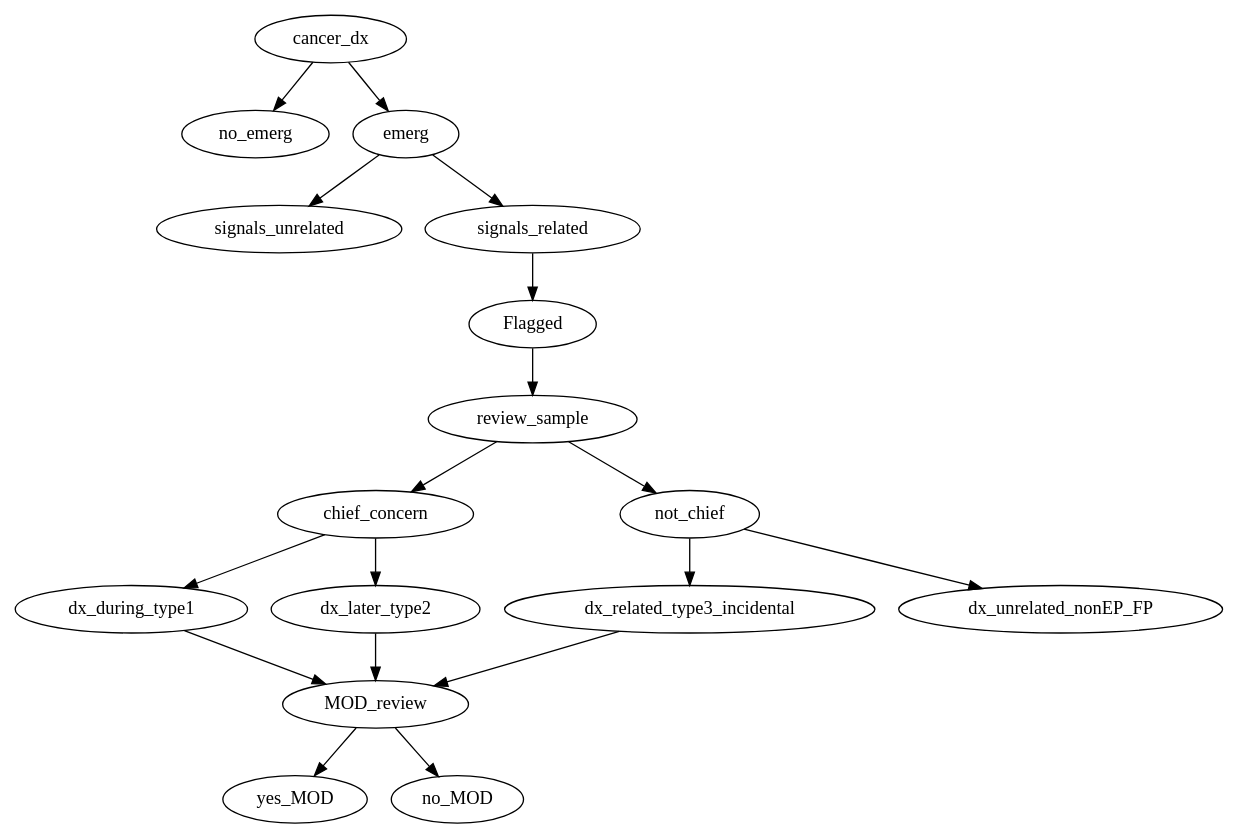
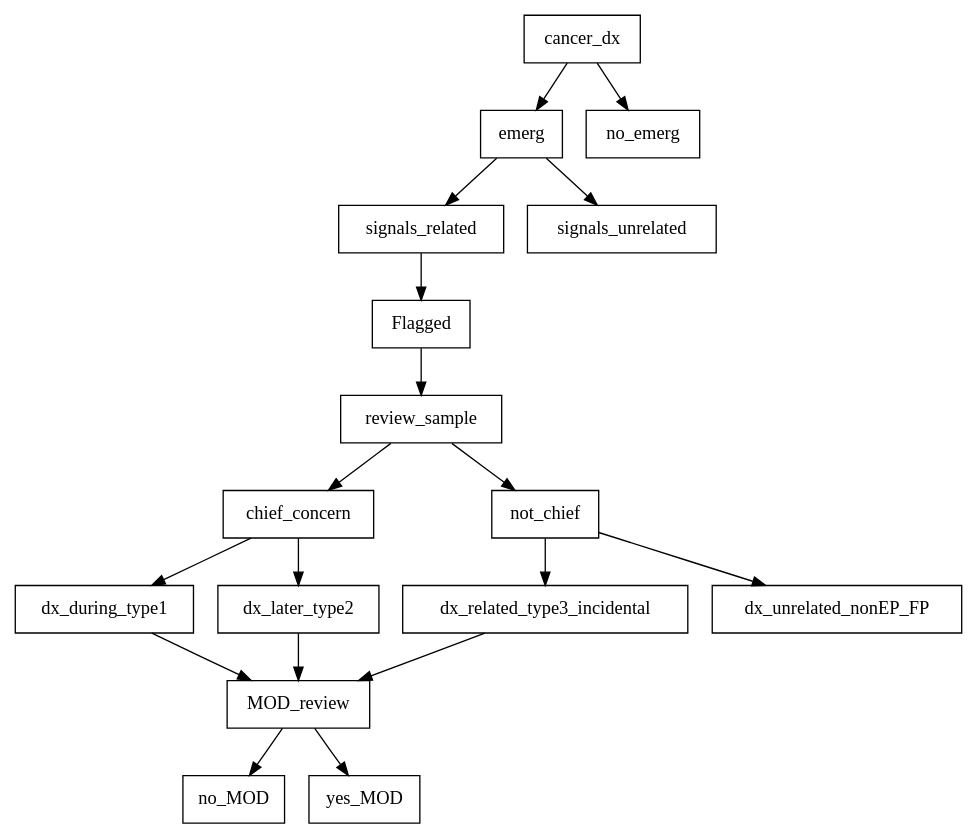
The diagram in consort.dot (zimolzak/MooreMeasures), drawn with Graphviz before and after one commit.

Commit message:
All rectangles

```diff
--- a/consort.dot
+++ b/consort.dot
@@ -1,24 +1,45 @@
 digraph{
+
+# Nodes
+
+Flagged[shape=rectangle]
+MOD_review[shape=rectangle]
+cancer_dx[shape=rectangle]
+chief_concern[shape=rectangle]
+dx_during_type1[shape=rectangle]
+dx_later_type2[shape=rectangle]
+dx_related_type3_incidental[shape=rectangle]
+dx_unrelated_nonEP_FP[shape=rectangle]
+emerg[shape=rectangle]
+no_MOD[shape=rectangle]
+no_emerg[shape=rectangle]
+not_chief[shape=rectangle]
+review_sample[shape=rectangle]
+signals_related[shape=rectangle]
+signals_unrelated[shape=rectangle]
+yes_MOD[shape=rectangle]
+
+# Edges
 
 cancer_dx -> no_emerg
 cancer_dx -> emerg
 emerg -> signals_unrelated
 emerg -> signals_related
 signals_related -> Flagged
 
 Flagged -> review_sample
 review_sample -> chief_concern
 review_sample -> not_chief
 chief_concern -> dx_during_type1
 chief_concern -> dx_later_type2
 not_chief -> dx_related_type3_incidental
 not_chief -> dx_unrelated_nonEP_FP
 
 dx_during_type1 -> MOD_review
 dx_later_type2 -> MOD_review
 dx_related_type3_incidental -> MOD_review
 
 MOD_review -> yes_MOD
 MOD_review -> no_MOD
 
 }
```
